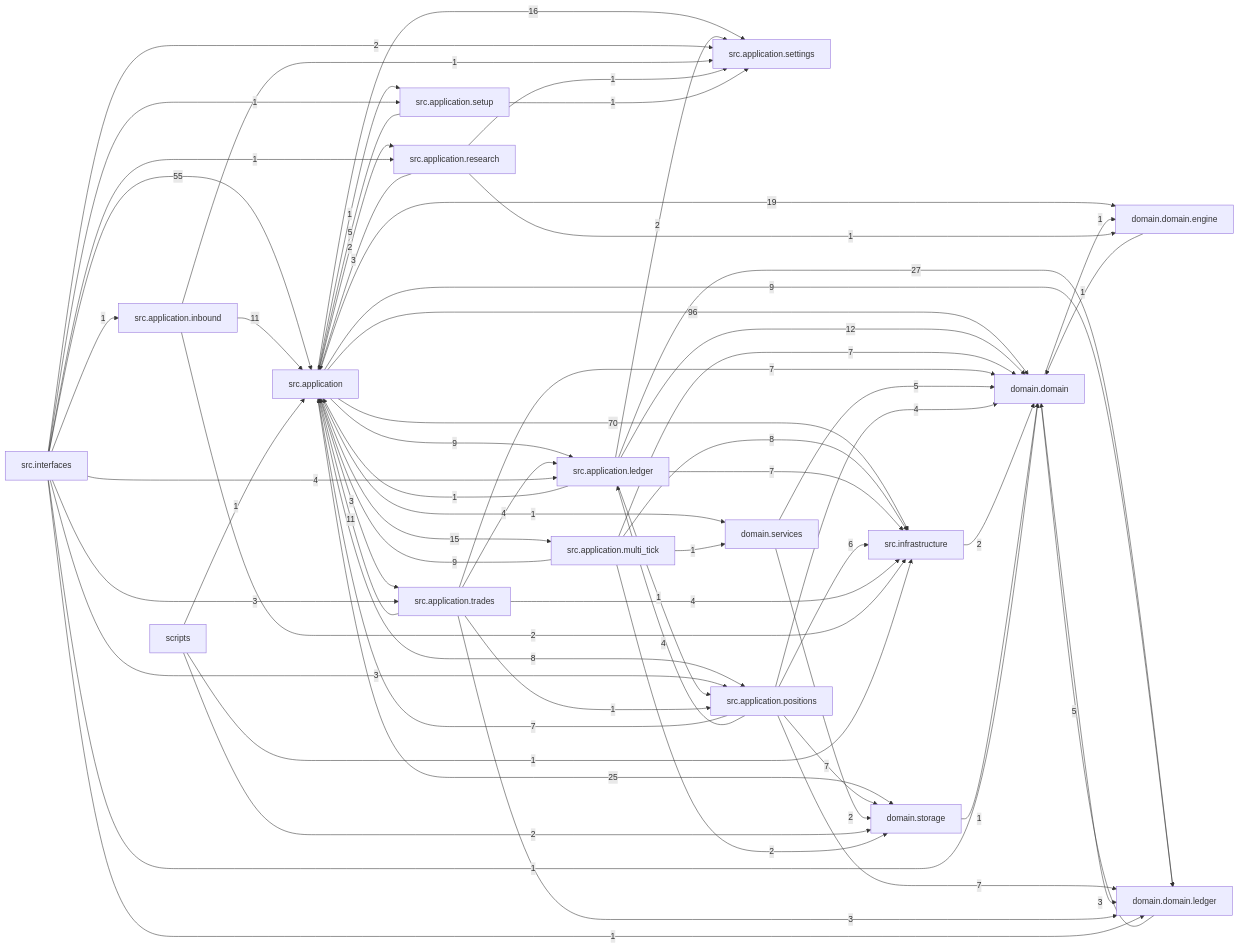
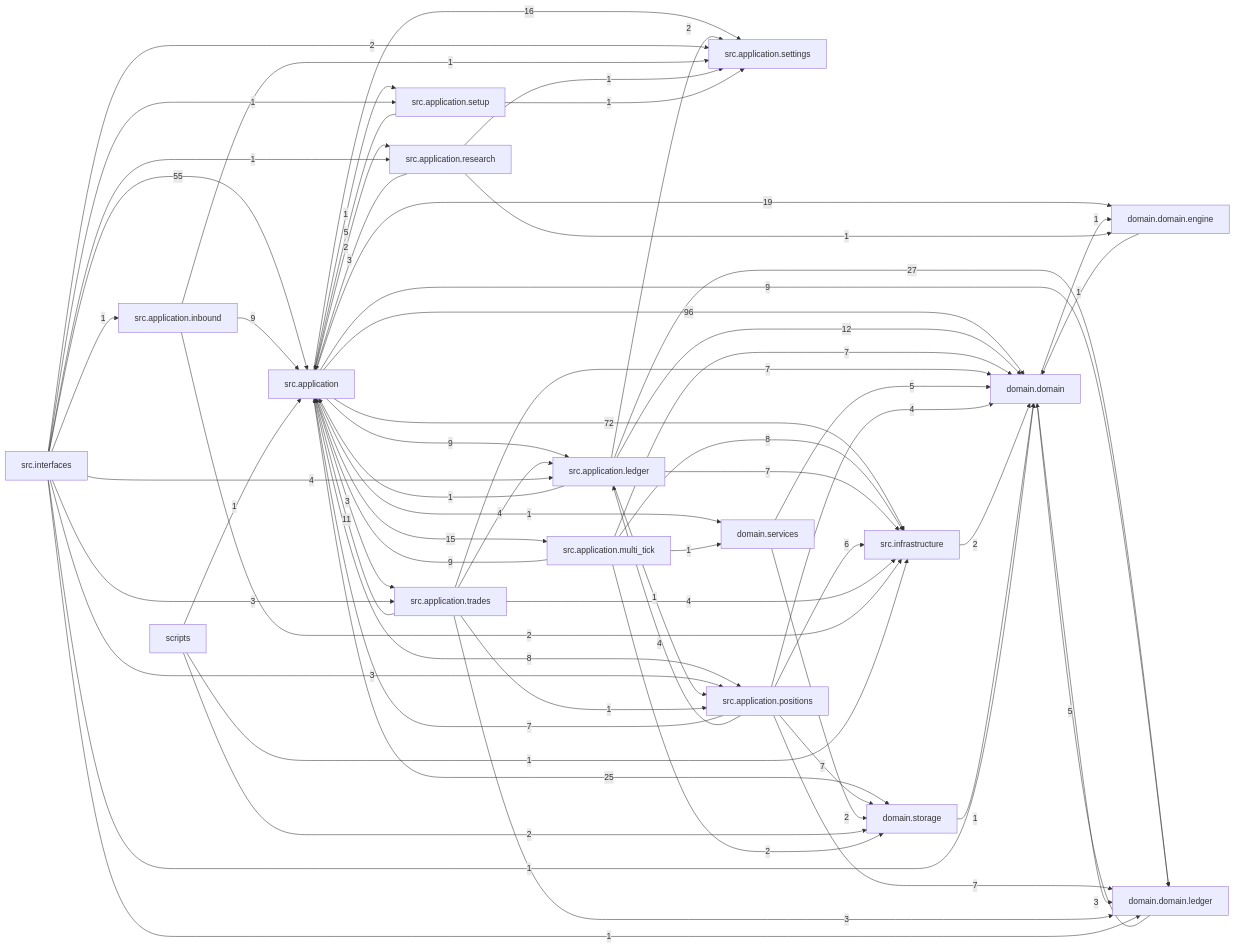
One commit to liuxie066/options-monitor changed the diagram in docs/dependency_graph.mmd. Above: the diagram before and after it, drawn with Mermaid. The commit also changed 15 other files, not shown here.

```diff
--- a/docs/dependency_graph.mmd
+++ b/docs/dependency_graph.mmd
@@ -1,66 +1,66 @@
 flowchart LR
   src_application["src.application"] -->|96| domain_domain["domain.domain"]
-  src_application["src.application"] -->|70| src_infrastructure["src.infrastructure"]
+  src_application["src.application"] -->|72| src_infrastructure["src.infrastructure"]
   src_interfaces["src.interfaces"] -->|55| src_application["src.application"]
   src_application_ledger["src.application.ledger"] -->|27| domain_domain_ledger["domain.domain.ledger"]
   src_application["src.application"] -->|25| domain_storage["domain.storage"]
   src_application["src.application"] -->|19| domain_domain_engine["domain.domain.engine"]
   src_application["src.application"] -->|16| src_application_settings["src.application.settings"]
   src_application["src.application"] -->|15| src_application_multi_tick["src.application.multi_tick"]
   src_application_ledger["src.application.ledger"] -->|12| domain_domain["domain.domain"]
-  src_application_inbound["src.application.inbound"] -->|11| src_application["src.application"]
   src_application_trades["src.application.trades"] -->|11| src_application["src.application"]
   src_application["src.application"] -->|9| domain_domain_ledger["domain.domain.ledger"]
   src_application["src.application"] -->|9| src_application_ledger["src.application.ledger"]
+  src_application_inbound["src.application.inbound"] -->|9| src_application["src.application"]
   src_application_multi_tick["src.application.multi_tick"] -->|9| src_application["src.application"]
   src_application["src.application"] -->|8| src_application_positions["src.application.positions"]
   src_application_multi_tick["src.application.multi_tick"] -->|8| src_infrastructure["src.infrastructure"]
   src_application_ledger["src.application.ledger"] -->|7| src_infrastructure["src.infrastructure"]
   src_application_multi_tick["src.application.multi_tick"] -->|7| domain_domain["domain.domain"]
   src_application_positions["src.application.positions"] -->|7| domain_domain_ledger["domain.domain.ledger"]
   src_application_positions["src.application.positions"] -->|7| domain_storage["domain.storage"]
   src_application_positions["src.application.positions"] -->|7| src_application["src.application"]
   src_application_trades["src.application.trades"] -->|7| domain_domain["domain.domain"]
   src_application_positions["src.application.positions"] -->|6| src_infrastructure["src.infrastructure"]
   domain_domain_ledger["domain.domain.ledger"] -->|5| domain_domain["domain.domain"]
   domain_services["domain.services"] -->|5| domain_domain["domain.domain"]
   src_application_setup["src.application.setup"] -->|5| src_application["src.application"]
   src_application_positions["src.application.positions"] -->|4| domain_domain["domain.domain"]
   src_application_positions["src.application.positions"] -->|4| src_application_ledger["src.application.ledger"]
   src_application_trades["src.application.trades"] -->|4| src_application_ledger["src.application.ledger"]
   src_application_trades["src.application.trades"] -->|4| src_infrastructure["src.infrastructure"]
   src_interfaces["src.interfaces"] -->|4| src_application_ledger["src.application.ledger"]
   domain_domain["domain.domain"] -->|3| domain_domain_ledger["domain.domain.ledger"]
   src_application["src.application"] -->|3| src_application_trades["src.application.trades"]
   src_application_research["src.application.research"] -->|3| src_application["src.application"]
   src_application_trades["src.application.trades"] -->|3| domain_domain_ledger["domain.domain.ledger"]
   src_interfaces["src.interfaces"] -->|3| src_application_positions["src.application.positions"]
   src_interfaces["src.interfaces"] -->|3| src_application_trades["src.application.trades"]
   domain_services["domain.services"] -->|2| domain_storage["domain.storage"]
   scripts["scripts"] -->|2| domain_storage["domain.storage"]
   src_application["src.application"] -->|2| src_application_research["src.application.research"]
   src_application_inbound["src.application.inbound"] -->|2| src_infrastructure["src.infrastructure"]
   src_application_ledger["src.application.ledger"] -->|2| src_application_settings["src.application.settings"]
   src_application_multi_tick["src.application.multi_tick"] -->|2| domain_storage["domain.storage"]
   src_infrastructure["src.infrastructure"] -->|2| domain_domain["domain.domain"]
   src_interfaces["src.interfaces"] -->|2| src_application_settings["src.application.settings"]
   domain_domain["domain.domain"] -->|1| domain_domain_engine["domain.domain.engine"]
   domain_domain_engine["domain.domain.engine"] -->|1| domain_domain["domain.domain"]
   domain_storage["domain.storage"] -->|1| domain_domain["domain.domain"]
   scripts["scripts"] -->|1| src_application["src.application"]
   scripts["scripts"] -->|1| src_infrastructure["src.infrastructure"]
   src_application["src.application"] -->|1| domain_services["domain.services"]
   src_application["src.application"] -->|1| src_application_setup["src.application.setup"]
   src_application_inbound["src.application.inbound"] -->|1| src_application_settings["src.application.settings"]
   src_application_ledger["src.application.ledger"] -->|1| src_application["src.application"]
   src_application_ledger["src.application.ledger"] -->|1| src_application_positions["src.application.positions"]
   src_application_multi_tick["src.application.multi_tick"] -->|1| domain_services["domain.services"]
   src_application_research["src.application.research"] -->|1| domain_domain_engine["domain.domain.engine"]
   src_application_research["src.application.research"] -->|1| src_application_settings["src.application.settings"]
   src_application_setup["src.application.setup"] -->|1| src_application_settings["src.application.settings"]
   src_application_trades["src.application.trades"] -->|1| src_application_positions["src.application.positions"]
   src_interfaces["src.interfaces"] -->|1| domain_domain["domain.domain"]
   src_interfaces["src.interfaces"] -->|1| domain_domain_ledger["domain.domain.ledger"]
   src_interfaces["src.interfaces"] -->|1| src_application_inbound["src.application.inbound"]
   src_interfaces["src.interfaces"] -->|1| src_application_research["src.application.research"]
   src_interfaces["src.interfaces"] -->|1| src_application_setup["src.application.setup"]
```
